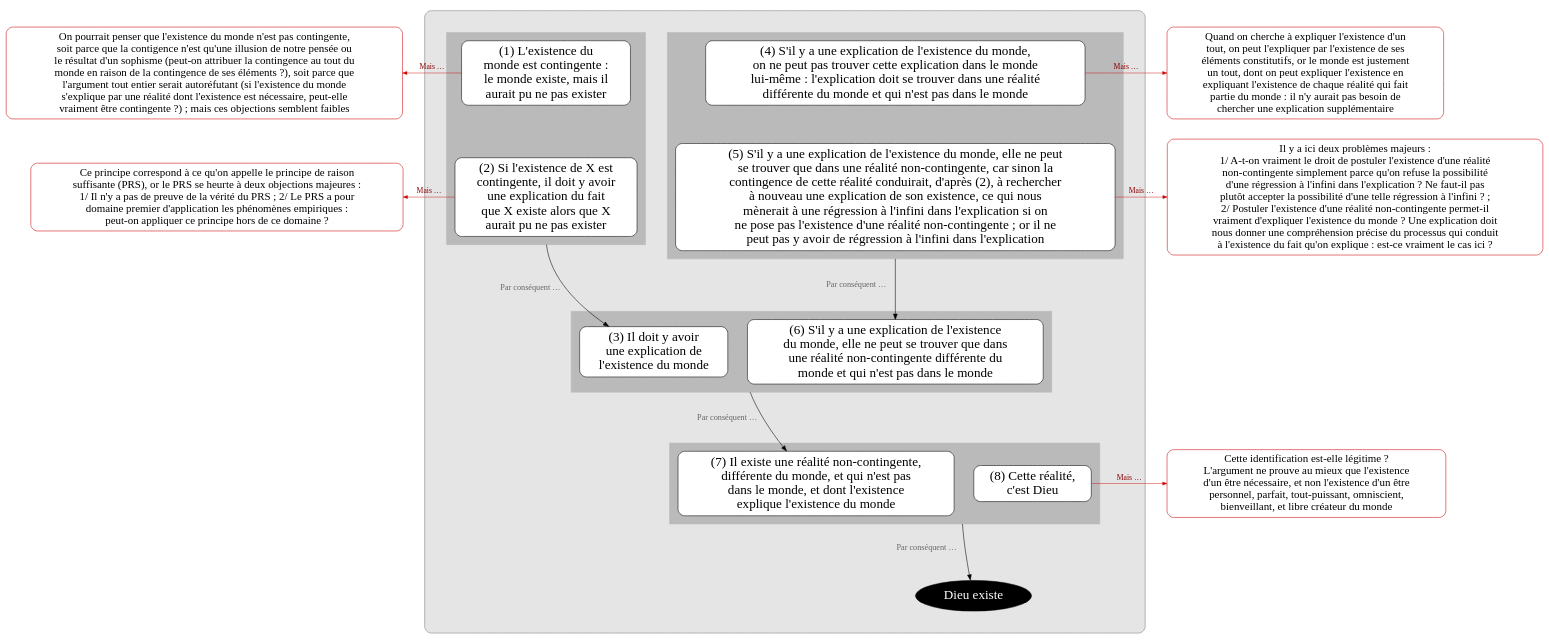
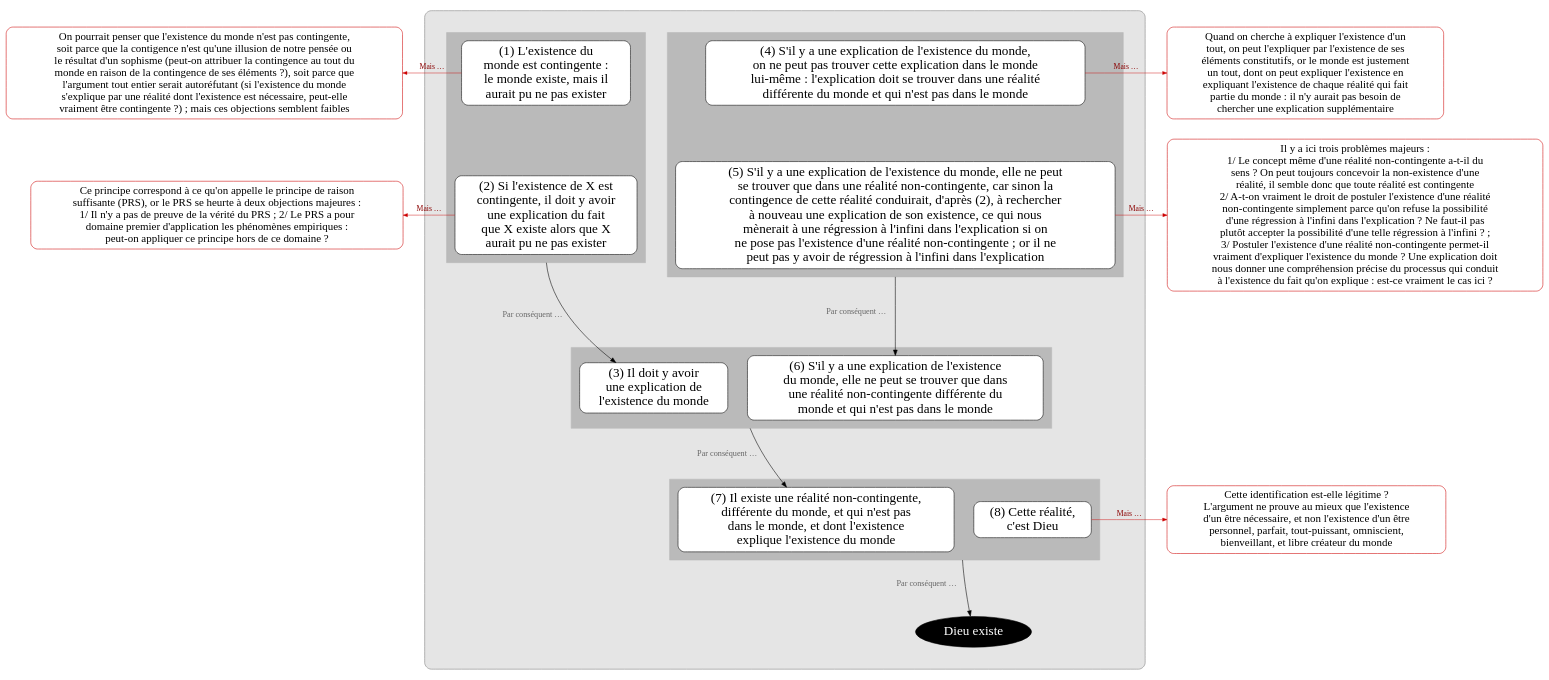
Before and after one commit to eyssette/graphviz-examples: the diagram in argument/argument-cosmologique1-v2.dot, drawn with Graphviz. The commit also changed 1 other file, not shown here.

```diff
--- a/argument/argument-cosmologique1-v2.dot
+++ b/argument/argument-cosmologique1-v2.dot
@@ -1,166 +1,169 @@
 digraph G {
 splines=true
 newrank=true
 compound=true
 
 node[color=red3, style="rounded, filled", shape="box", fillcolor=white, penwidth=1, fontcolor=black, fontsize=20, margin=0.1]
 o1[label="On pourrait penser que l'existence du monde n'est pas contingente,
 soit parce que la contigence n'est qu'une illusion de notre pensée ou
 le résultat d'un sophisme (peut-on attribuer la contingence au tout du
 monde en raison de la contingence de ses éléments ?), soit parce que
 l'argument tout entier serait autoréfutant (si l'existence du monde
 s'explique par une réalité dont l'existence est nécessaire, peut-elle
 vraiment être contingente ?) ; mais ces objections semblent faibles"]
 
 o2[label="Ce principe correspond à ce qu'on appelle le principe de raison 
 suffisante (PRS), or le PRS se heurte à deux objections majeures :
 1/ Il n'y a pas de preuve de la vérité du PRS ; 2/ Le PRS a pour
 domaine premier d'application les phénomènes empiriques :
 peut-on appliquer ce principe hors de ce domaine ?"]
 
 
 node[shape=box, fillcolor=white, style="filled,rounded", color=black, fontsize=24, penwidth=1,fontcolor=black, margin=0.1]
 edge[color=red3, penwidth=0.8, arrowsize=0.8, label=" Mais …", fontcolor=red4,fontsize=14]
 
 {rank=same;o1->p1[dir=back]}
 {rank=same;o2->p2[dir=back]}
 
 
 subgraph cluster_0 {
 bgcolor=grey90
 style=rounded
 color=grey50
 margin=40
 
 
 
 node[shape=box, fillcolor=white, style="filled,rounded", color=black]
 edge[label="",xlabel="Par conséquent … ",fontcolor=grey40;fontsize=15,minlen=3,color=black,penwidth=1, arrowsize=1]
 
 
 
 
 //p2:s->p3:n[ltail=cluster_1]
 //p2:w->p3:n[ltail=cluster_1]
 //p3[label="(3) Lemme 1"]
 
 
 
 subgraph cluster_2arg {
 style="box"
 margin=15
 bgcolor=grey73
 color=grey73
 
 p4[label="(4) S'il y a une explication de l'existence du monde,
 on ne peut pas trouver cette explication dans le monde
 lui-même : l'explication doit se trouver dans une réalité 
 différente du monde et qui n'est pas dans le monde"]
 p5[label="(5) S'il y a une explication de l'existence du monde, elle ne peut
 se trouver que dans une réalité non-contingente, car sinon la
 contingence de cette réalité conduirait, d'après (2), à rechercher
 à nouveau une explication de son existence, ce qui nous
 mènerait à une régression à l'infini dans l'explication si on
 ne pose pas l'existence d'une réalité non-contingente ; or il ne
 peut pas y avoir de régression à l'infini dans l'explication"]
 }
 p4->p5[style=invis,xlabel="",minlen=1]
 p5:s->p6[ltail=cluster_2arg]
 {rank=same;p1->p4[style=invis]}
 
 subgraph cluster_1 {
 style="box"
 margin=15
 bgcolor=grey73
 color=grey73
 
 p1[label="(1) L'existence du
 monde est contingente :
 le monde existe, mais il
 aurait pu ne pas exister"]
 
 p2[label="(2) Si l'existence de X est
 contingente, il doit y avoir
 une explication du fait
 que X existe alors que X
 aurait pu ne pas exister"]
 }
 
 p1->p2[style=invis,xlabel="",minlen=1]
 p2:s->p3[ltail=cluster_1]
 
 
 subgraph cluster_2 {
 style="box"
 margin=15
 bgcolor=grey73
 color=grey73
 p3[label="(3) Il doit y avoir
 une explication de
 l'existence du monde"]
 p6[label="(6) S'il y a une explication de l'existence
 du monde, elle ne peut se trouver que dans
 une réalité non-contingente différente du
 monde et qui n'est pas dans le monde"]
 }
 {rank=same;p3->p6[style=invis,xlabel="",minlen=1]}
 
 p6:w->p7[ltail=cluster_2]
 
 
 subgraph cluster_3 {
 style="box"
 margin=15
 bgcolor=grey73
 color=grey73
 p7[label="(7) Il existe une réalité non-contingente,
 différente du monde, et qui n'est pas
 dans le monde, et dont l'existence
 explique l'existence du monde"]
 p8[label="(8) Cette réalité,
 c'est Dieu"]
 
 }
 {rank=same;p7->p8[style=invis,xlabel="",minlen=1]}
 
 p8:w->C[ltail=cluster_3]
 
 C[label="Dieu existe",fillcolor=black, fontcolor=white, color=black, shape=ellipse]
 
 
 }
 
 node[color=red3, style="rounded, filled", shape="box", fillcolor=white, penwidth=1, fontcolor=black, fontsize=20, margin=0.1]
 
 
 
 o4[label="Quand on cherche à expliquer l'existence d'un
 tout, on peut l'expliquer par l'existence de ses
 éléments constitutifs, or le monde est justement
 un tout, dont on peut expliquer l'existence en
 expliquant l'existence de chaque réalité qui fait
 partie du monde : il n'y aurait pas besoin de
 chercher une explication supplémentaire"]
 {rank=same;p4->o4}
 
-o7[label="Il y a ici deux problèmes majeurs :
-1/ A-t-on vraiment le droit de postuler l'existence d'une réalité 
+o7[label="Il y a ici trois problèmes majeurs :
+1/ Le concept même d'une réalité non-contingente a-t-il du
+sens ? On peut toujours concevoir la non-existence d'une
+réalité, il semble donc que toute réalité est contingente
+2/ A-t-on vraiment le droit de postuler l'existence d'une réalité 
 non-contingente simplement parce qu'on refuse la possibilité
 d'une régression à l'infini dans l'explication ? Ne faut-il pas
 plutôt accepter la possibilité d'une telle régression à l'infini ? ;
-2/ Postuler l'existence d'une réalité non-contingente permet-il
+3/ Postuler l'existence d'une réalité non-contingente permet-il
 vraiment d'expliquer l'existence du monde ? Une explication doit
 nous donner une compréhension précise du processus qui conduit
 à l'existence du fait qu'on explique : est-ce vraiment le cas ici ?"]
 {rank=same;p5->o7}
 
 
 o8[label="Cette identification est-elle légitime ?
 L'argument ne prouve au mieux que l'existence
 d'un être nécessaire, et non l'existence d'un être
 personnel, parfait, tout-puissant, omniscient, 
 bienveillant, et libre créateur du monde"]
 {rank=same;p8->o8}
 
 
 }
```
